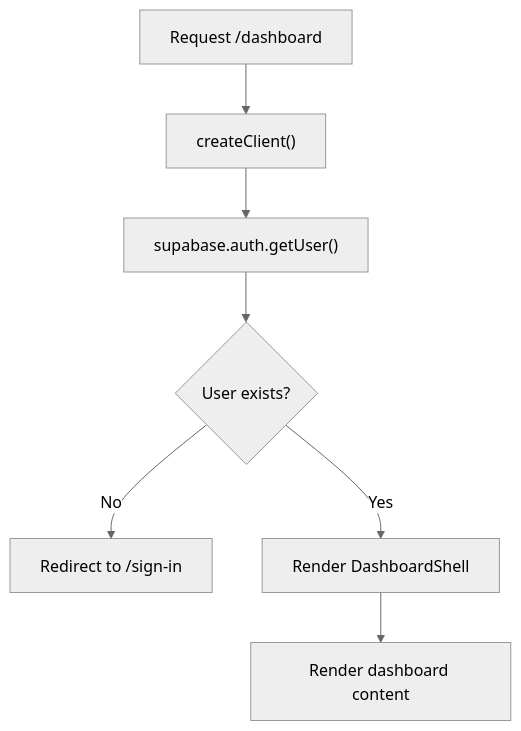
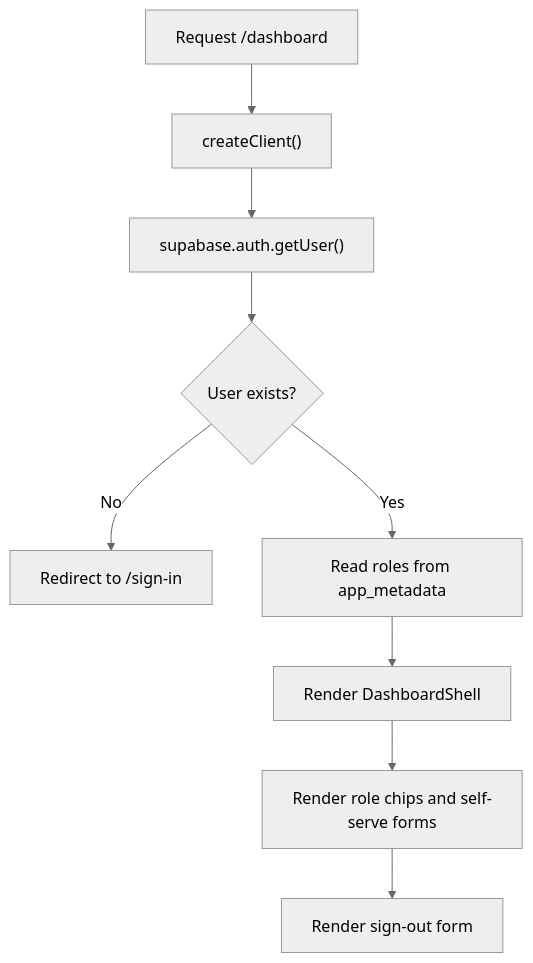
One commit to matthewlovestocode/designated changed the diagram in docs/web/pages/dashboard-page.md. Above: the diagram before and after it, drawn with Mermaid (neutral theme). The commit also changed other lines of this file and 26 other files, not shown here.

Commit message:
Add self-serve role management

````diff
--- a/docs/web/pages/dashboard-page.md
+++ b/docs/web/pages/dashboard-page.md
@@ -65,9 +268,11 @@
 ```mermaid
 flowchart TD
     A["Request /dashboard"] --> B["createClient()"]
     B --> C["supabase.auth.getUser()"]
     C --> D{"User exists?"}
     D -- No --> E["Redirect to /sign-in"]
-    D -- Yes --> F["Render DashboardShell"]
-    F --> G["Render dashboard content"]
+    D -- Yes --> F["Read roles from app_metadata"]
+    F --> G["Render DashboardShell"]
+    G --> H["Render role chips and self-serve forms"]
+    H --> I["Render sign-out form"]
 ```
````
